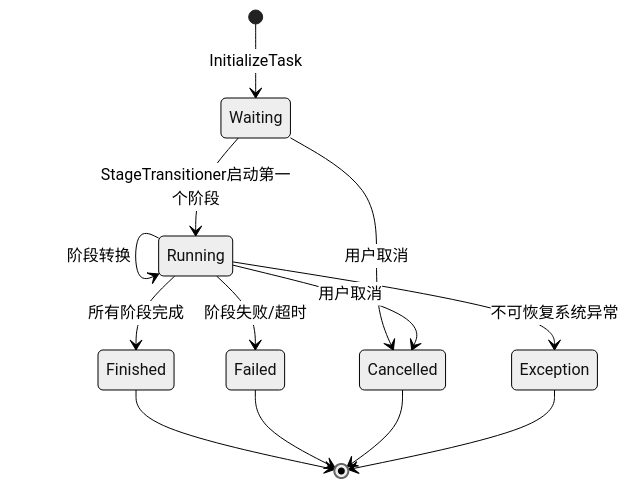
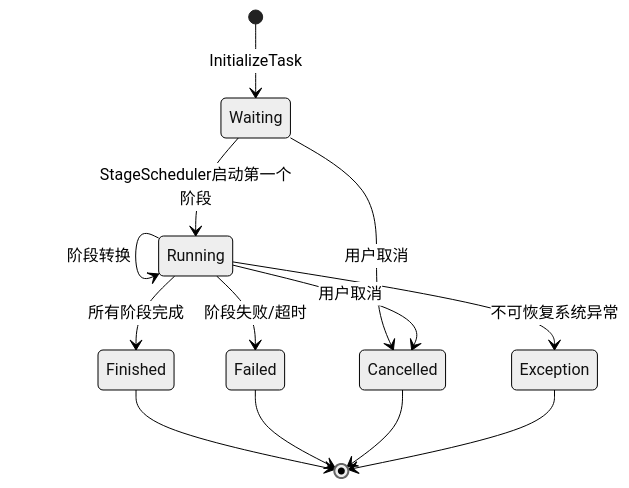
The first of 3 diagrams in docs/designs/details/scheduler/任务管理器设计.md (njuxumq/agent-eval-server), drawn with Mermaid (neutral theme) before and after one commit. The commit also changed other lines of this file and 15 other files, not shown here.

````diff
--- a/docs/designs/details/scheduler/任务管理器设计.md
+++ b/docs/designs/details/scheduler/任务管理器设计.md
@@ -61,15 +103,15 @@
 ```mermaid
 stateDiagram-v2
     [*] --> Waiting: InitializeTask
-    Waiting --> Running: StageTransitioner启动第一个阶段
+    Waiting --> Running: StageScheduler启动第一个阶段
     Running --> Running: 阶段转换
     Running --> Finished: 所有阶段完成
     Running --> Failed: 阶段失败/超时
     Waiting --> Cancelled: 用户取消
     Running --> Cancelled: 用户取消
     Running --> Exception: 不可恢复系统异常
     Finished --> [*]
     Failed --> [*]
     Cancelled --> [*]
     Exception --> [*]
 ```
````
